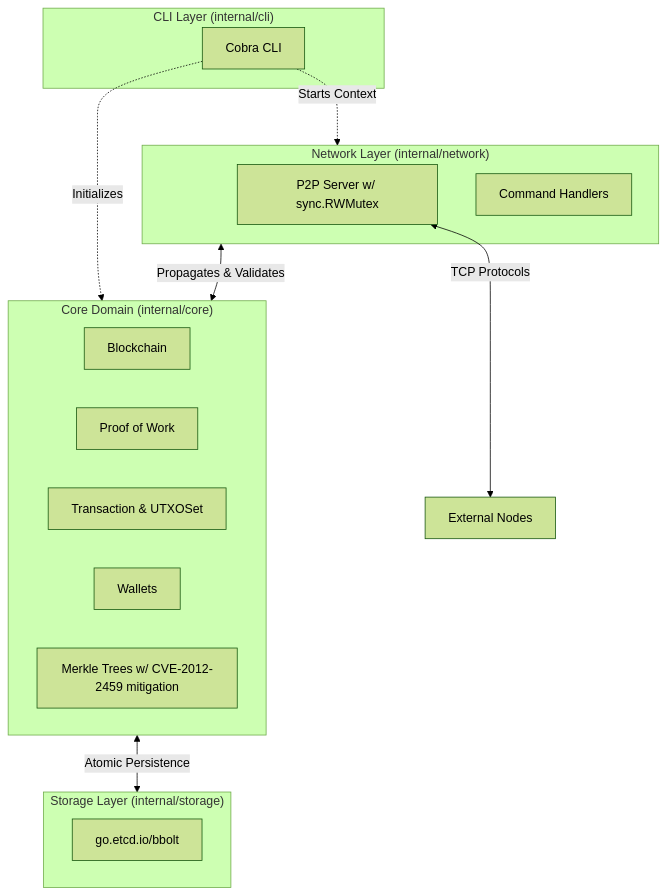
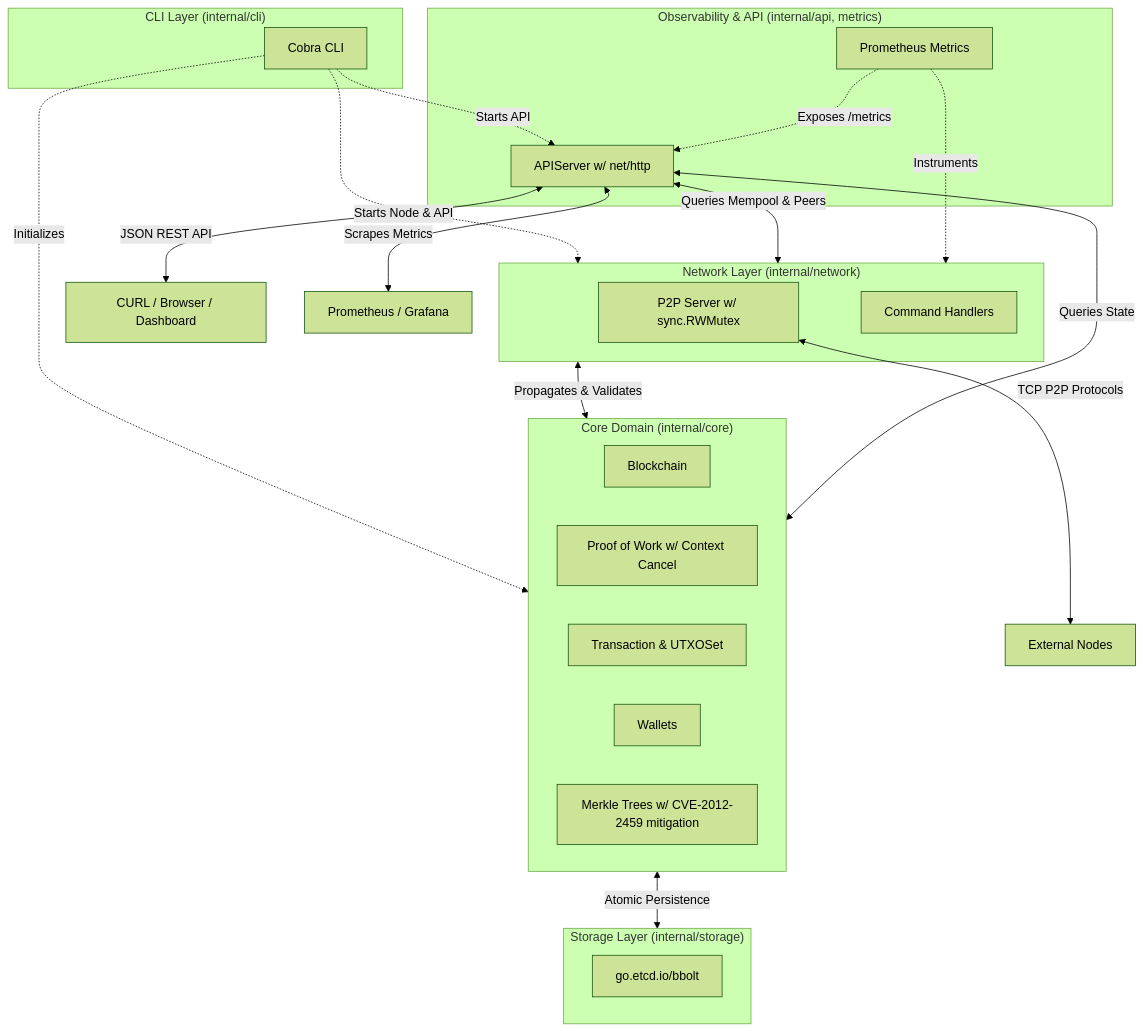
Before and after one commit to pouyasadri/go-blockchain: the diagram in README.md, drawn with Mermaid (forest theme). The commit also changed other lines of this file, not shown here.

Commit message:
Update README to reflect new HTTP API and Prometheus metrics features

````diff
--- a/README.md
+++ b/README.md
@@ -24,29 +27,43 @@
 ```mermaid
 graph TD
     subgraph CLI ["CLI Layer (internal/cli)"]
         CmdLine[Cobra CLI]
     end
 
     subgraph Network ["Network Layer (internal/network)"]
         P2P[P2P Server w/ sync.RWMutex]
         CmdHandler[Command Handlers]
     end
 
     subgraph Core ["Core Domain (internal/core)"]
         BC[Blockchain]
-        PoW[Proof of Work]
+        PoW[Proof of Work w/ Context Cancel]
         TX[Transaction & UTXOSet]
         Wall[Wallets]
         Merkle[Merkle Trees w/ CVE-2012-2459 mitigation]
     end
 
     subgraph Storage ["Storage Layer (internal/storage)"]
         bbolt[go.etcd.io/bbolt]
     end
 
+    subgraph API ["Observability & API (internal/api, metrics)"]
+        APISrv[APIServer w/ net/http]
+        PromMetrics[Prometheus Metrics]
+    end
+
     CmdLine -.->|Initializes| Core
-    CmdLine -.->|Starts Context| Network
+    CmdLine -.->|Starts Node & API| Network
+    CmdLine -.->|Starts API| APISrv
     Network <-->|Propagates & Validates| Core
     Core <-->|Atomic Persistence| Storage
-    P2P <-->|TCP Protocols| ExtNodes[External Nodes]
+    P2P <-->|TCP P2P Protocols| ExtNodes[External Nodes]
+    
+    APISrv <-->|Queries State| Core
+    APISrv <-->|Queries Mempool & Peers| Network
+    PromMetrics -.->|Instruments| Network
+    PromMetrics -.->|Exposes /metrics| APISrv
+    
+    APISrv <-->|JSON REST API| Clients[CURL / Browser / Dashboard]
+    APISrv <-->|Scrapes Metrics| PromSystem[Prometheus / Grafana]
 ```
````
